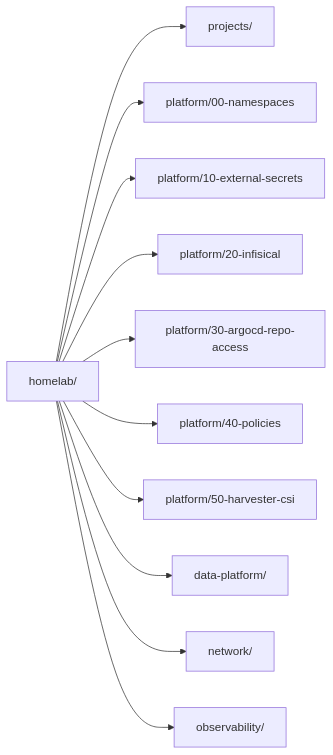
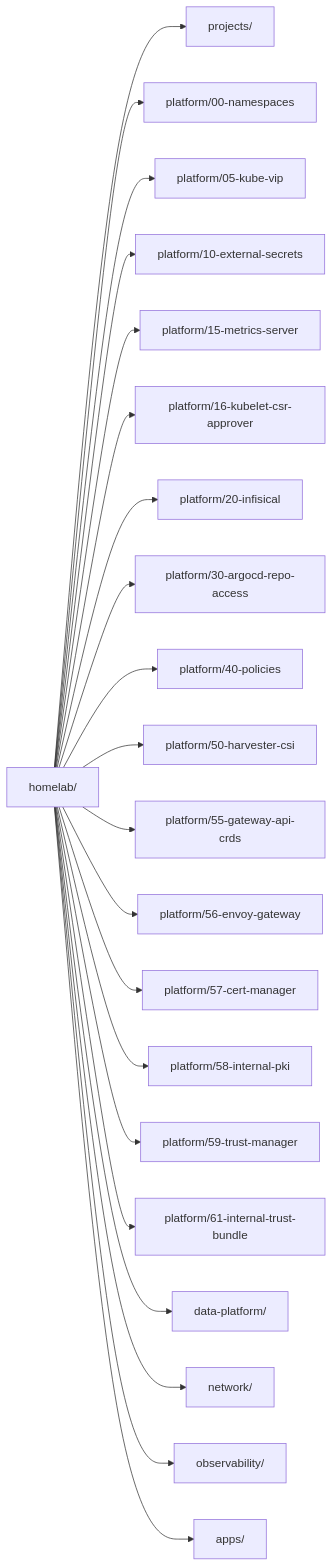
Before and after one commit to yanglianglu/homelab-platform: the diagram in kubernetes/clusters/homelab/README.md, drawn with Mermaid. The commit also changed other lines of this file and 40 other files, not shown here.

````diff
--- a/kubernetes/clusters/homelab/README.md
+++ b/kubernetes/clusters/homelab/README.md
@@ -13,13 +13,23 @@
 ```mermaid
 flowchart LR
   Root["homelab/"] --> Projects["projects/"]
   Root --> Namespaces["platform/00-namespaces"]
+  Root --> KubeVip["platform/05-kube-vip"]
   Root --> ExternalSecrets["platform/10-external-secrets"]
+  Root --> Metrics["platform/15-metrics-server"]
+  Root --> CSR["platform/16-kubelet-csr-approver"]
   Root --> Infisical["platform/20-infisical"]
   Root --> RepoAccess["platform/30-argocd-repo-access"]
   Root --> Policies["platform/40-policies"]
   Root --> HarvesterCSI["platform/50-harvester-csi"]
+  Root --> GatewayCRDs["platform/55-gateway-api-crds"]
+  Root --> Envoy["platform/56-envoy-gateway"]
+  Root --> CertManager["platform/57-cert-manager"]
+  Root --> PKI["platform/58-internal-pki"]
+  Root --> TrustManager["platform/59-trust-manager"]
+  Root --> TrustBundle["platform/61-internal-trust-bundle"]
   Root --> DataPlatform["data-platform/"]
   Root --> Network["network/"]
   Root --> Observability["observability/"]
+  Root --> Apps["apps/"]
 ```
````
